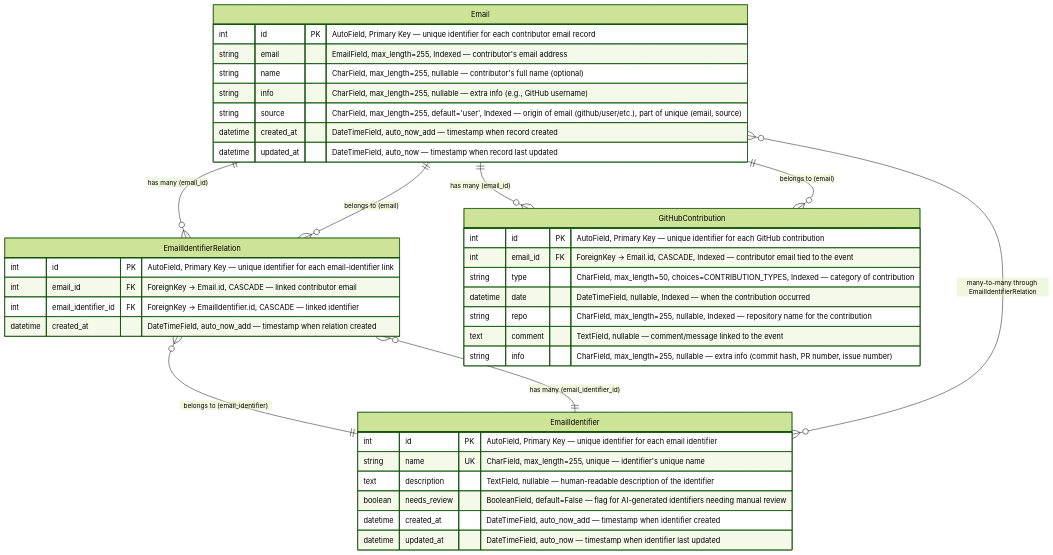
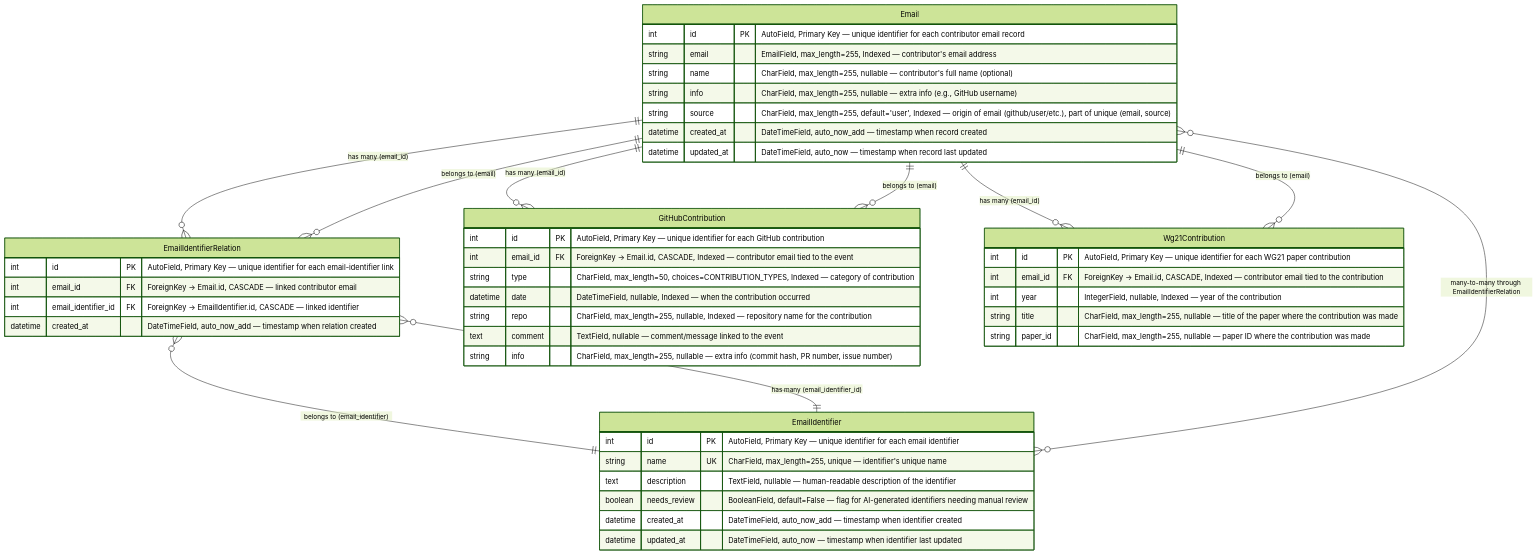
One commit to jonathanMLDev/cppa-unified-dashboard_01 changed the diagram in IntegrateIntoWebsite/contribution/contribution_schema.md. Above: the diagram before and after it, drawn with Mermaid (forest theme). The commit also changed other lines of this file, not shown here.

Commit message:
#54 - Add wg21 paper contribution schema

````diff
--- a/IntegrateIntoWebsite/contribution/contribution_schema.md
+++ b/IntegrateIntoWebsite/contribution/contribution_schema.md
@@ -3,48 +3,58 @@
 ```mermaid
 erDiagram
     Email {
         int id PK "AutoField, Primary Key — unique identifier for each contributor email record"
         string email "EmailField, max_length=255, Indexed — contributor's email address"
         string name "CharField, max_length=255, nullable — contributor's full name (optional)"
         string info "CharField, max_length=255, nullable — extra info (e.g., GitHub username)"
         string source "CharField, max_length=255, default='user', Indexed — origin of email (github/user/etc.), part of unique (email, source)"
         datetime created_at "DateTimeField, auto_now_add — timestamp when record created"
         datetime updated_at "DateTimeField, auto_now — timestamp when record last updated"
     }
 
     EmailIdentifier {
         int id PK "AutoField, Primary Key — unique identifier for each email identifier"
         string name UK "CharField, max_length=255, unique — identifier's unique name"
         text description "TextField, nullable — human-readable description of the identifier"
         boolean needs_review "BooleanField, default=False — flag for AI-generated identifiers needing manual review"
         datetime created_at "DateTimeField, auto_now_add — timestamp when identifier created"
         datetime updated_at "DateTimeField, auto_now — timestamp when identifier last updated"
     }
 
     EmailIdentifierRelation {
         int id PK "AutoField, Primary Key — unique identifier for each email-identifier link"
         int email_id FK "ForeignKey -> Email.id, CASCADE — linked contributor email"
         int email_identifier_id FK "ForeignKey -> EmailIdentifier.id, CASCADE — linked identifier"
         datetime created_at "DateTimeField, auto_now_add — timestamp when relation created"
     }
 
     GitHubContribution {
         int id PK "AutoField, Primary Key — unique identifier for each GitHub contribution"
         int email_id FK "ForeignKey -> Email.id, CASCADE, Indexed — contributor email tied to the event"
         string type "CharField, max_length=50, choices=CONTRIBUTION_TYPES, Indexed — category of contribution"
         datetime date "DateTimeField, nullable, Indexed — when the contribution occurred"
         string repo "CharField, max_length=255, nullable, Indexed — repository name for the contribution"
         text comment "TextField, nullable — comment/message linked to the event"
         string info "CharField, max_length=255, nullable — extra info (commit hash, PR number, issue number)"
     }
 
+    Wg21Contribution {
+        int id PK "AutoField, Primary Key — unique identifier for each WG21 paper contribution"
+        int email_id FK "ForeignKey -> Email.id, CASCADE, Indexed — contributor email tied to the contribution"
+        int year "IntegerField, nullable, Indexed — year of the contribution"
+        string title "CharField, max_length=255, nullable — title of the paper where the contribution was made"
+        string paper_id "CharField, max_length=255, nullable — paper ID where the contribution was made"
+    }
+
     Email ||--o{ EmailIdentifierRelation : "has many (email_id)"
     EmailIdentifier ||--o{ EmailIdentifierRelation : "has many (email_identifier_id)"
     Email ||--o{ GitHubContribution : "has many (email_id)"
+    Email ||--o{ Wg21Contribution : "has many (email_id)"
 
     EmailIdentifierRelation }o--|| Email : "belongs to (email)"
     EmailIdentifierRelation }o--|| EmailIdentifier : "belongs to (email_identifier)"
     GitHubContribution }o--|| Email : "belongs to (email)"
+    Wg21Contribution }o--|| Email : "belongs to (email)"
 
     EmailIdentifier }o--o{ Email : "many-to-many through EmailIdentifierRelation"
 ```
````
